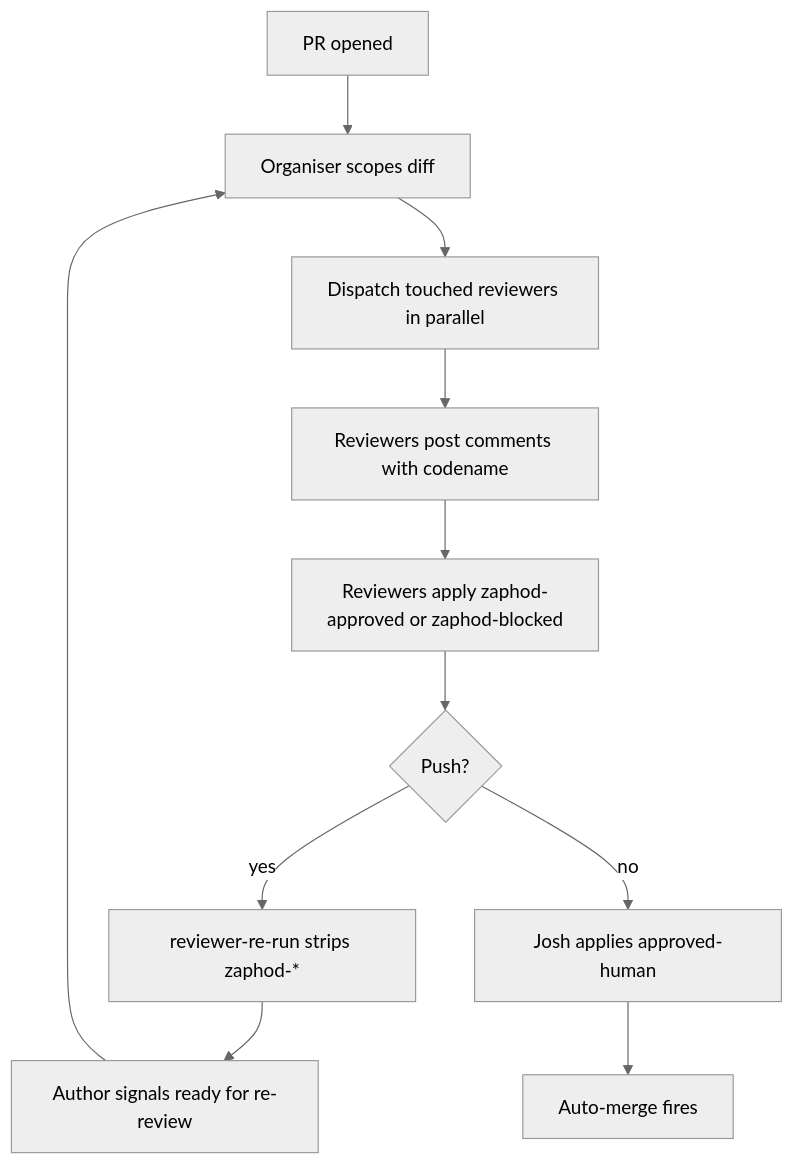
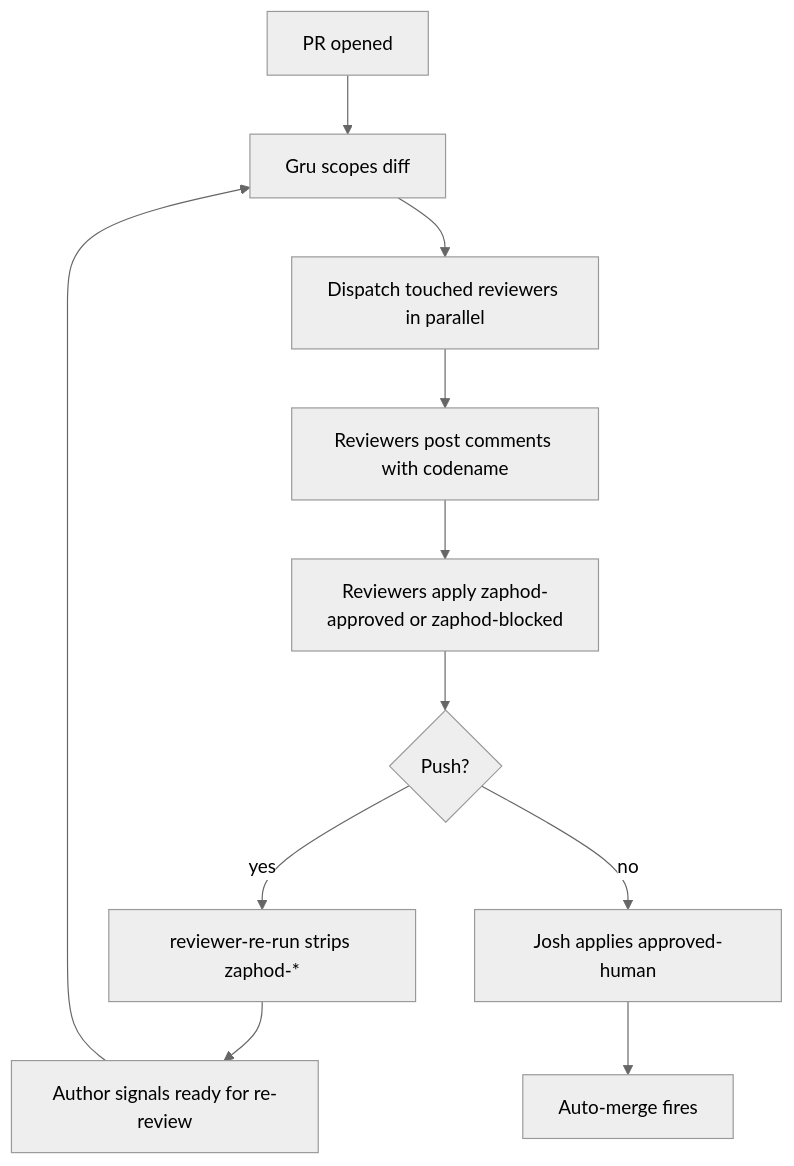
One commit to shuck-dev/volley changed the first of 2 diagrams in ai/swarm/README.md. Above: the diagram before and after it, drawn with Mermaid (neutral theme). The commit also changed other lines of this file and 2 other files, not shown here.

````diff
--- a/ai/swarm/README.md
+++ b/ai/swarm/README.md
@@ -213,13 +213,13 @@
 ```mermaid
 flowchart TD
-    Open[PR opened] --> Scope[Organiser scopes diff]
+    Open[PR opened] --> Scope[Gru scopes diff]
     Scope --> Fanout[Dispatch touched reviewers in parallel]
     Fanout --> Verdicts[Reviewers post comments with codename]
     Verdicts --> Labels[Reviewers apply zaphod-approved or zaphod-blocked]
     Labels --> Wait{Push?}
     Wait -- yes --> Strip[reviewer-re-run strips zaphod-*]
     Strip --> ReadyAgain[Author signals ready for re-review]
     ReadyAgain --> Scope
     Wait -- no --> Josh[Josh applies approved-human]
     Josh --> AutoMerge[Auto-merge fires]
 ```
````
